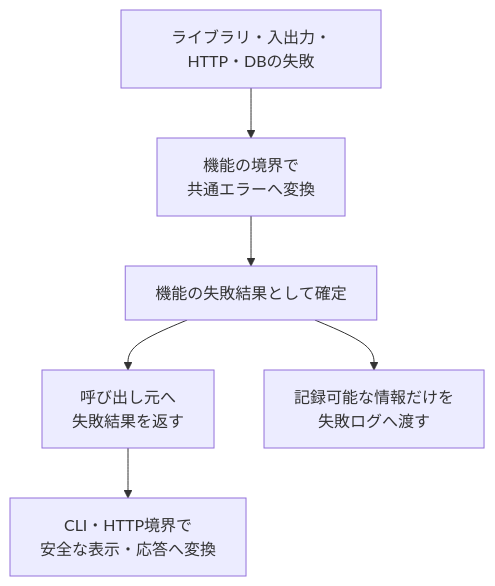
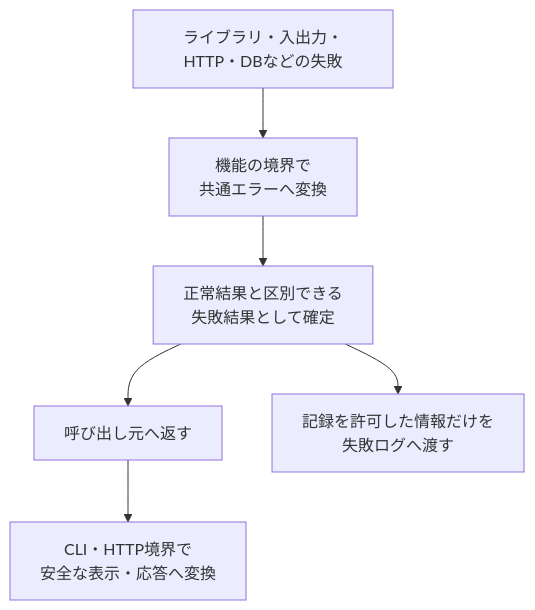
Before and after one commit to takashit16833/RAGScope: the diagram in project-docs/design/エラー設計.md, drawn with Mermaid. The commit also changed other lines of this file, not shown here.

````diff
--- a/project-docs/design/エラー設計.md
+++ b/project-docs/design/エラー設計.md
@@ -118,14 +28,12 @@
 ```mermaid
 flowchart TD
-    Failure["ライブラリ・入出力・HTTP・DBの失敗"]
+    Failure["ライブラリ・入出力・HTTP・DBなどの失敗"]
     Convert["機能の境界で<br>共通エラーへ変換"]
-    Result["機能の失敗結果として確定"]
-    Caller["呼び出し元へ<br>失敗結果を返す"]
+    Result["正常結果と区別できる<br>失敗結果として確定"]
+    Caller["呼び出し元へ返す"]
     Interface["CLI・HTTP境界で<br>安全な表示・応答へ変換"]
-    Log["記録可能な情報だけを<br>失敗ログへ渡す"]
+    Log["記録を許可した情報だけを<br>失敗ログへ渡す"]
 
-    Failure --> Convert --> Result
-    Result --> Caller
-    Caller --> Interface
+    Failure --> Convert --> Result --> Caller --> Interface
     Result --> Log
 ```
````
